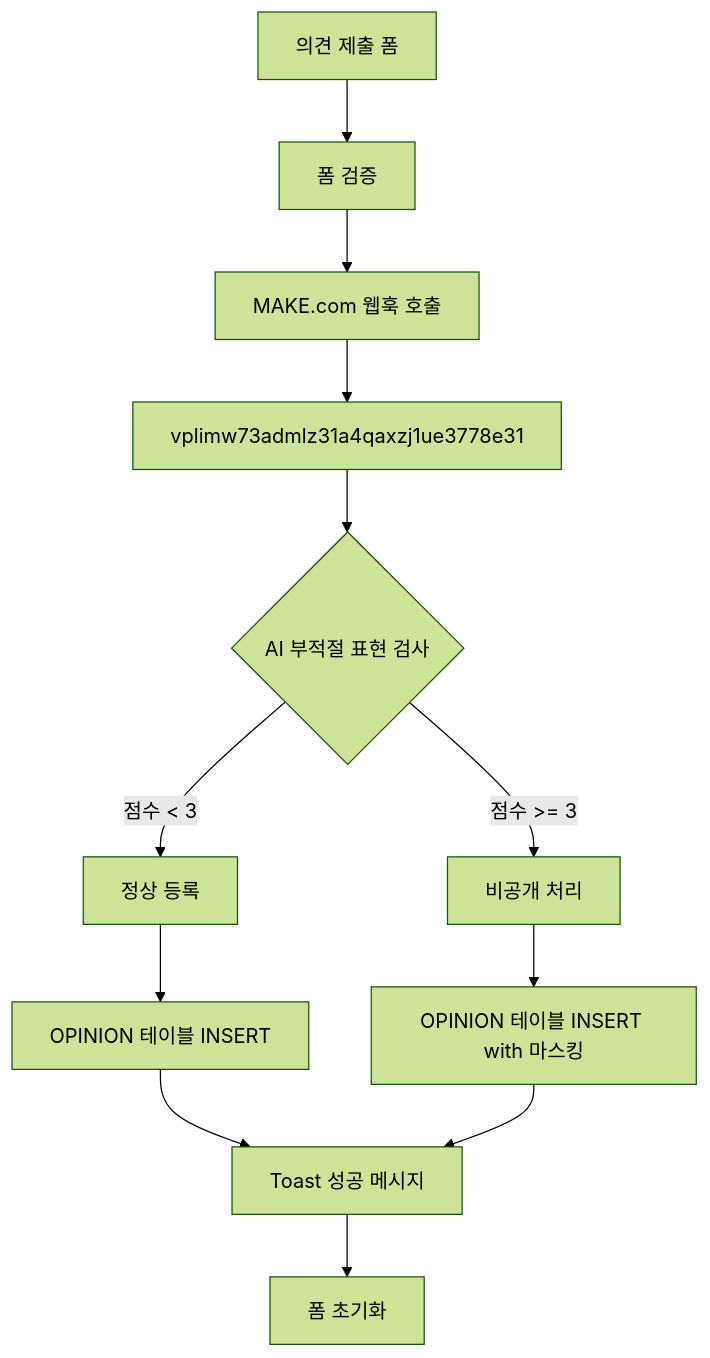
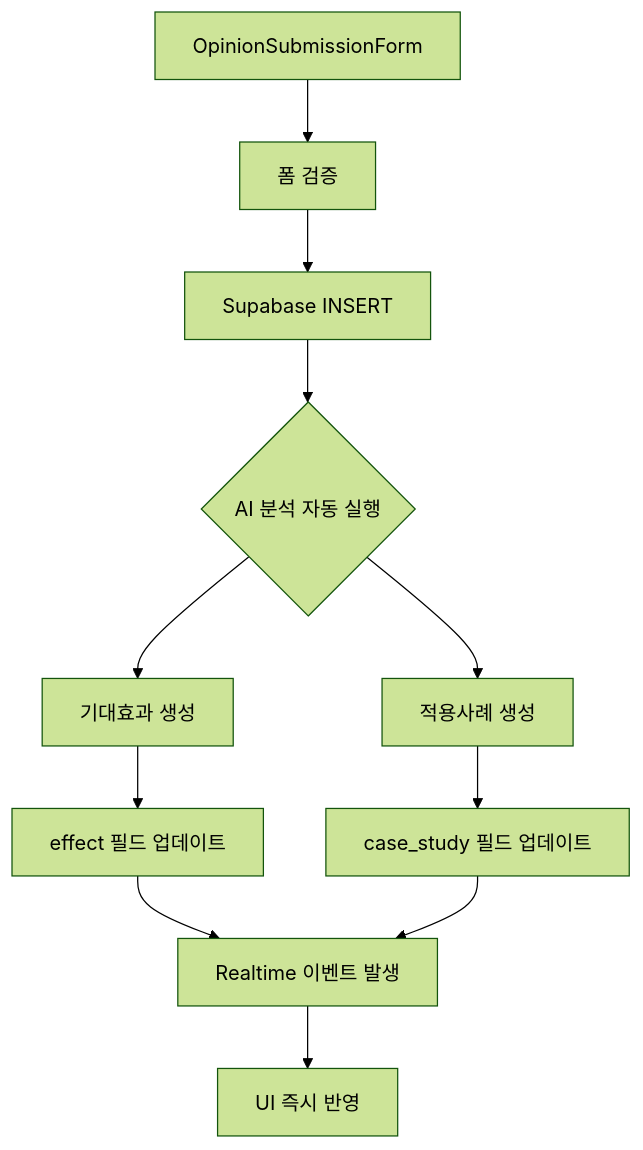
One commit to sodyfam/voice-iinsight-cursor changed the third of 4 diagrams in doc/4)ERD.md. Above: the diagram before and after it, drawn with Mermaid (forest theme). The commit also changed other lines of this file and 12 other files, not shown here.

````diff
--- a/doc/4)ERD.md
+++ b/doc/4)ERD.md
@@ -260,14 +235,13 @@
 ```mermaid
 flowchart TD
-    A[의견 제출 폼] --> B[폼 검증]
-    B --> C[MAKE.com 웹훅 호출]
-    C --> D[vplimw73admlz31a4qaxzj1ue3778e31]
-    D --> E{AI 부적절 표현 검사}
-    E -->|점수 < 3| F[정상 등록]
-    E -->|점수 >= 3| G[비공개 처리]
-    F --> H[OPINION 테이블 INSERT]
-    G --> I[OPINION 테이블 INSERT with 마스킹]
-    H --> J[Toast 성공 메시지]
-    I --> J
-    J --> K[폼 초기화]
+    A[OpinionSubmissionForm] --> B[폼 검증]
+    B --> C[Supabase INSERT]
+    C --> D{AI 분석 자동 실행}
+    D --> E[기대효과 생성]
+    D --> F[적용사례 생성]
+    E --> G[effect 필드 업데이트]
+    F --> H[case_study 필드 업데이트]
+    G --> I[Realtime 이벤트 발생]
+    H --> I
+    I --> J[UI 즉시 반영]
 ```
````
